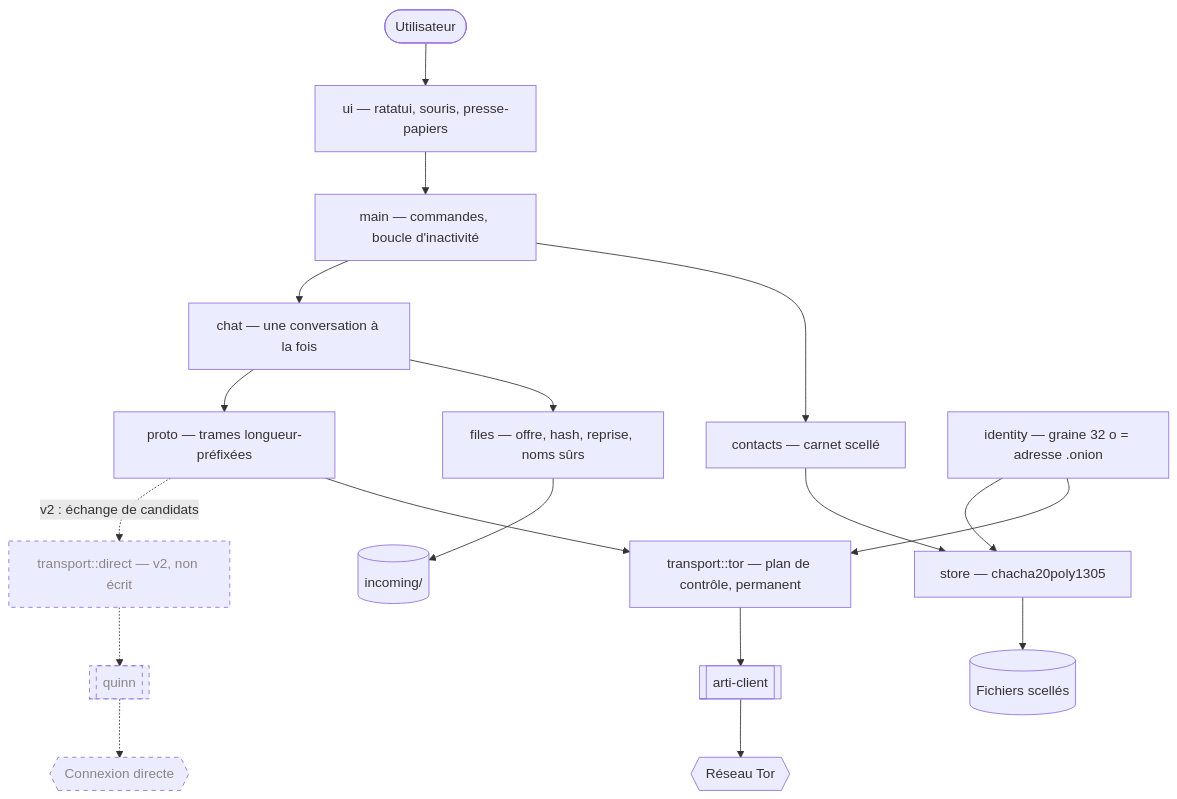
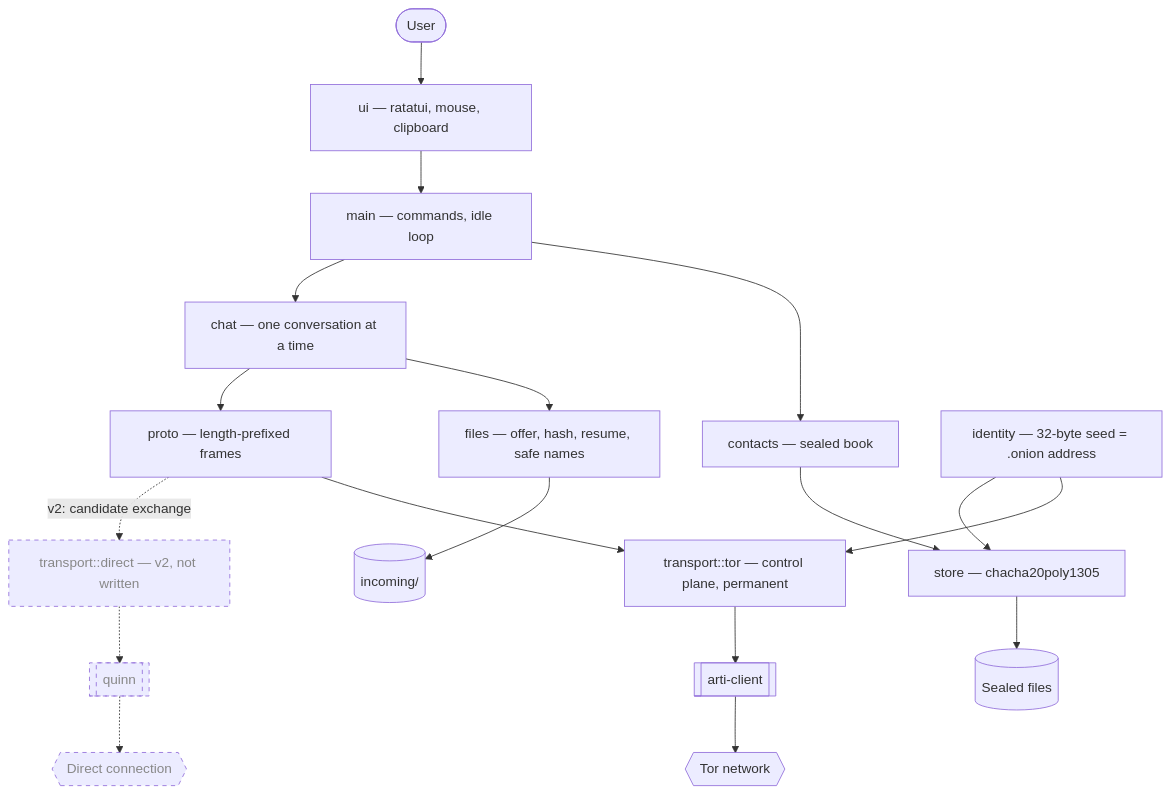
One commit to Murmure-App/murmure changed the diagram in aidd_docs/INSTALL.md. Above: the diagram before and after it, drawn with Mermaid. The commit also changed other lines of this file and 3 other files, not shown here.

````diff
--- a/aidd_docs/INSTALL.md
+++ b/aidd_docs/INSTALL.md
@@ -120,21 +123,21 @@
 ```mermaid
 graph TD
-    User([Utilisateur]) --> UI[ui — ratatui, souris, presse-papiers]
-    UI --> Main[main — commandes, boucle d'inactivité]
-    Main --> Contacts[contacts — carnet scellé]
-    Main --> Chat[chat — une conversation à la fois]
-    Chat --> Files[files — offre, hash, reprise, noms sûrs]
-    Chat --> Proto[proto — trames longueur-préfixées]
-    Proto --> TorPath[transport::tor — plan de contrôle, permanent]
+    User([User]) --> UI[ui — ratatui, mouse, clipboard]
+    UI --> Main[main — commands, idle loop]
+    Main --> Contacts[contacts — sealed book]
+    Main --> Chat[chat — one conversation at a time]
+    Chat --> Files[files — offer, hash, resume, safe names]
+    Chat --> Proto[proto — length-prefixed frames]
+    Proto --> TorPath[transport::tor — control plane, permanent]
     TorPath --> Arti[[arti-client]]
-    Arti --> TorNet{{Réseau Tor}}
-    Identity[identity — graine 32 o = adresse .onion] --> TorPath
+    Arti --> TorNet{{Tor network}}
+    Identity[identity — 32-byte seed = .onion address] --> TorPath
     Identity --> Store
     Contacts --> Store[store — chacha20poly1305]
-    Store --> Disk[(Fichiers scellés)]
+    Store --> Disk[(Sealed files)]
     Files --> Incoming[(incoming/)]
-    Proto -. v2 : échange de candidats .-> DirectPath
-    DirectPath[transport::direct — v2, non écrit]:::todo -.-> Quinn[[quinn]]:::todo
-    Quinn -.-> Net{{Connexion directe}}:::todo
+    Proto -. v2: candidate exchange .-> DirectPath
+    DirectPath[transport::direct — v2, not written]:::todo -.-> Quinn[[quinn]]:::todo
+    Quinn -.-> Net{{Direct connection}}:::todo
     classDef todo stroke-dasharray: 5 5,color:#888
 ```
````
